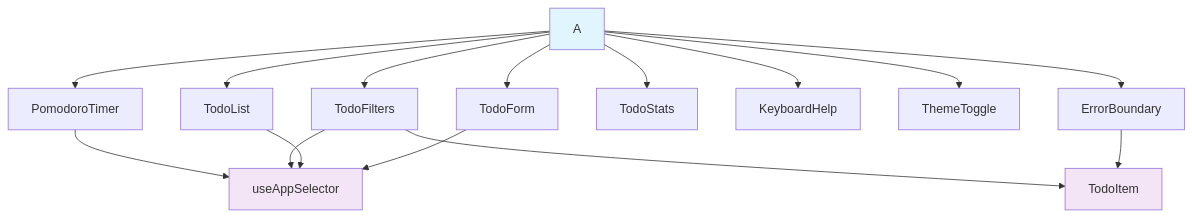
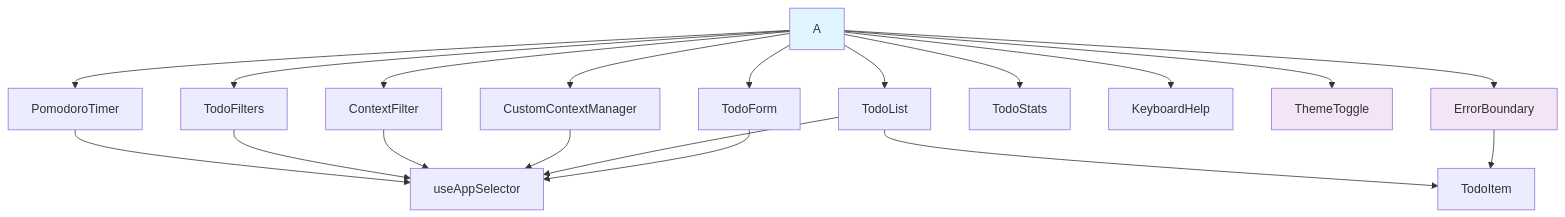
The first of 3 diagrams in readme.md (JesusIgnacio/todo-in-pomodoro-sauce), drawn with Mermaid before and after one commit. The commit also changed other lines of this file, not shown here.

Commit message:
feat: add Getting Things Done (GTD) context management with drag and drop functionality

````diff
--- a/readme.md
+++ b/readme.md
@@ -60,24 +69,28 @@
 ```mermaid
 graph TD
     A --> B[PomodoroTimer]
     A --> C[TodoForm]
     A --> D[TodoFilters]
-    A --> E[TodoList]
-    A --> F[TodoStats]
-    A --> G[KeyboardHelp]
-    A --> H[ThemeToggle]
-    A --> I[ErrorBoundary]
+    A --> E[ContextFilter]
+    A --> F[CustomContextManager]
+    A --> G[TodoList]
+    A --> H[TodoStats]
+    A --> I[KeyboardHelp]
+    A --> J[ThemeToggle]
+    A --> K[ErrorBoundary]
     
-    D --> J[TodoItem]
+    G --> L[TodoItem]
     
-    B --> K[useAppDispatch]
-    I --> J
+    B --> M[useAppDispatch]
+    K --> L
     
-    D --> K[useAppSelector]
-    E --> K
-    C --> K
+    D --> M[useAppSelector]
+    E --> M
+    F --> M
+    G --> M
+    C --> M
     
     style A fill:#e1f5fe
     style J fill:#f3e5f5
     style K fill:#f3e5f5
 ```
````
